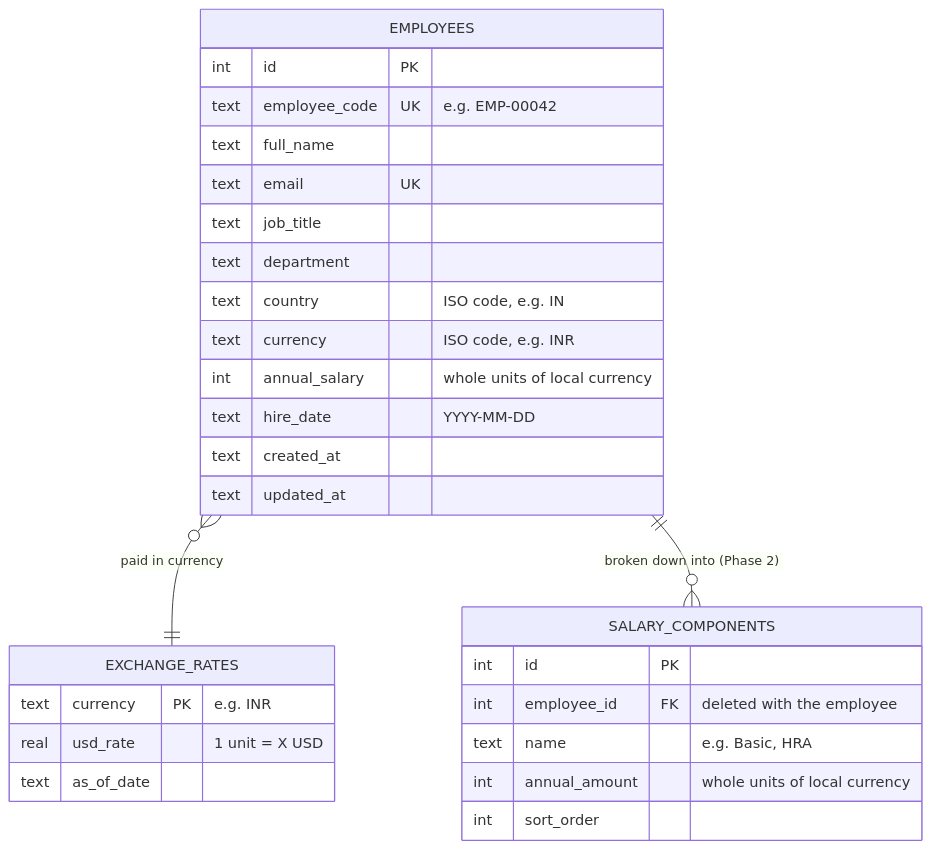
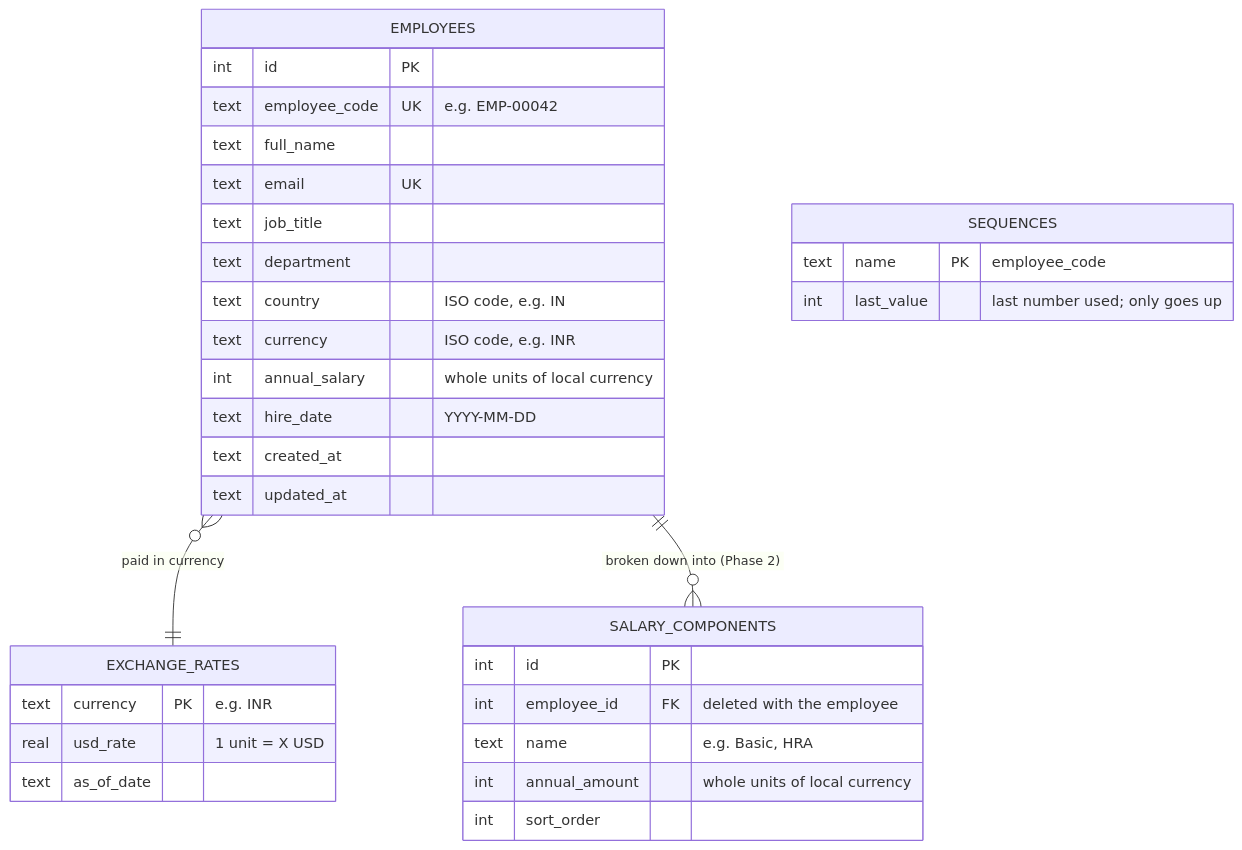
Before and after one commit to muskangupta423/Incubyte: the second of 2 diagrams in docs/02-architecture.md, drawn with Mermaid. The commit also changed other lines of this file and 19 other files, not shown here.

````diff
--- a/docs/02-architecture.md
+++ b/docs/02-architecture.md
@@ -86,31 +86,35 @@
 ```mermaid
 erDiagram
     EMPLOYEES }o--|| EXCHANGE_RATES : "paid in currency"
     EMPLOYEES ||--o{ SALARY_COMPONENTS : "broken down into (Phase 2)"
+    SEQUENCES {
+        text name PK "employee_code"
+        int last_value "last number used; only goes up"
+    }
     EMPLOYEES {
         int id PK
         text employee_code UK "e.g. EMP-00042"
         text full_name
         text email UK
         text job_title
         text department
         text country "ISO code, e.g. IN"
         text currency "ISO code, e.g. INR"
         int annual_salary "whole units of local currency"
         text hire_date "YYYY-MM-DD"
         text created_at
         text updated_at
     }
     EXCHANGE_RATES {
         text currency PK "e.g. INR"
         real usd_rate "1 unit = X USD"
         text as_of_date
     }
     SALARY_COMPONENTS {
         int id PK
         int employee_id FK "deleted with the employee"
         text name "e.g. Basic, HRA"
         int annual_amount "whole units of local currency"
         int sort_order
     }
 ```
````
